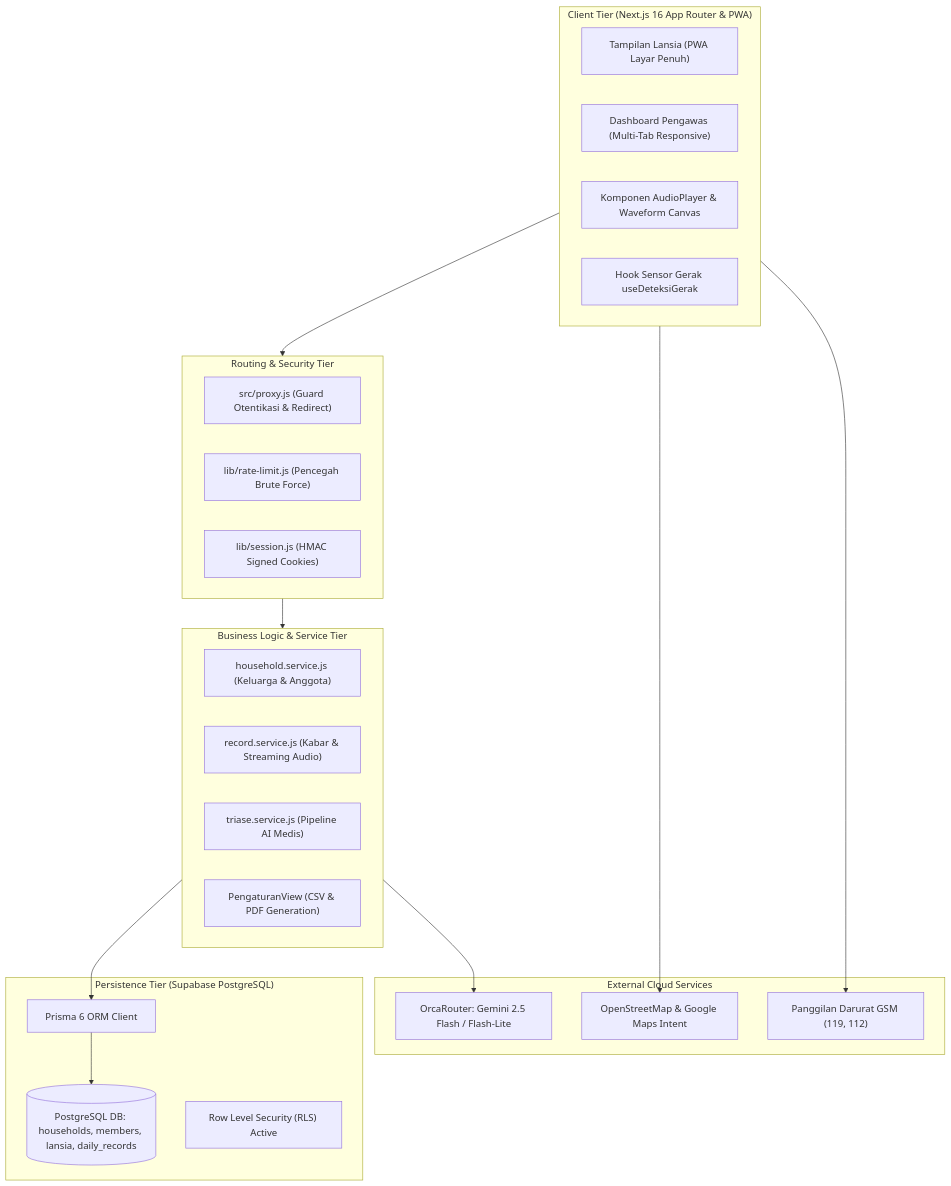
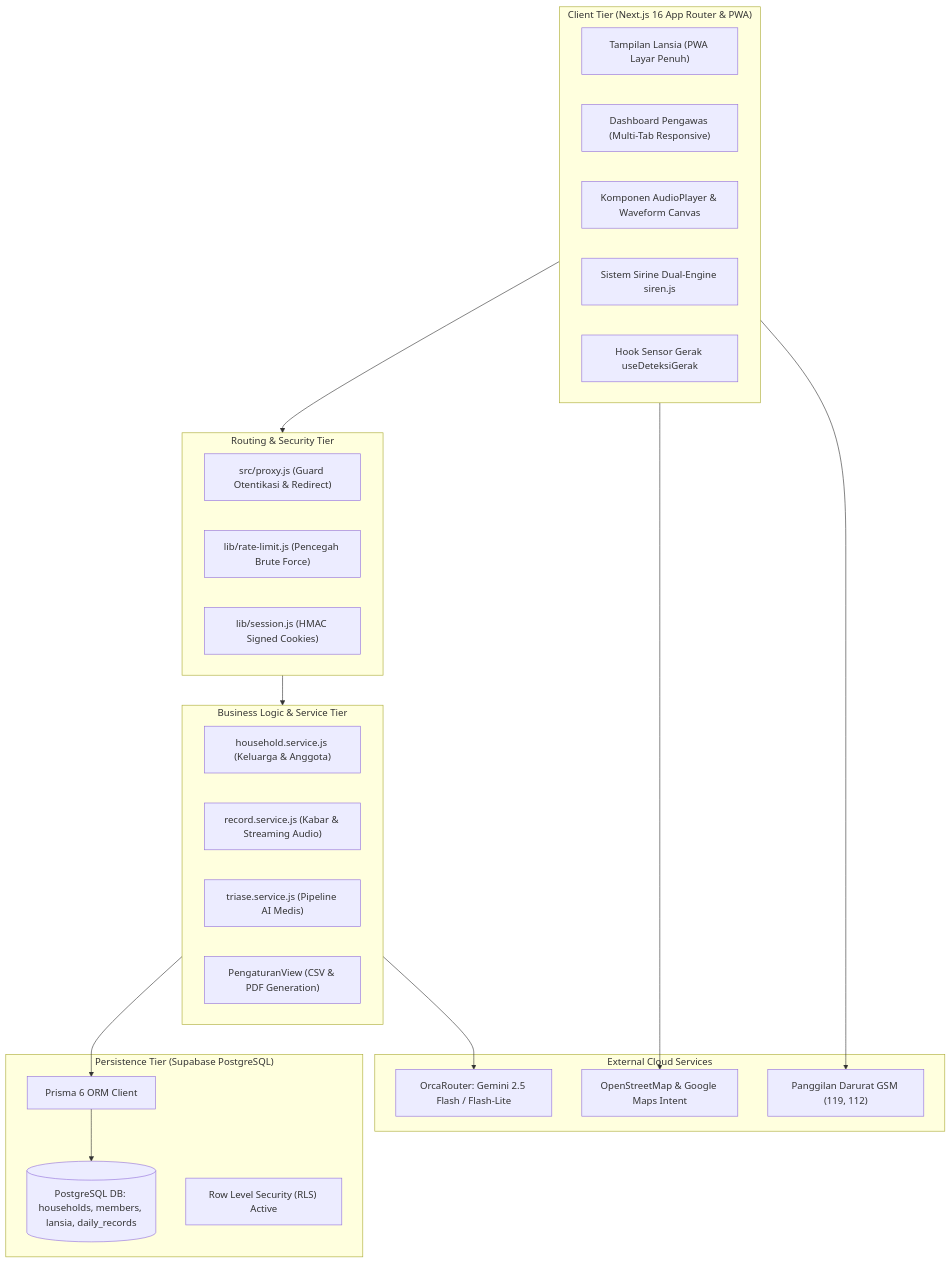
The fifth of 6 diagrams in readthis.md (Nazca13/himtec-01), drawn with Mermaid before and after one commit. The commit also changed other lines of this file, not shown here.

Commit message:
docs: perbarui dan lengkapi readthis.md (dual engine siren, use case, dan panduan demo terbaru)

````diff
--- a/readthis.md
+++ b/readthis.md
@@ -331,41 +336,42 @@
 ```mermaid
 flowchart TD
     subgraph Frontend["Client Tier (Next.js 16 App Router & PWA)"]
         UI_Lansia["Tampilan Lansia (PWA Layar Penuh)"]
         UI_Pengawas["Dashboard Pengawas (Multi-Tab Responsive)"]
         UI_Audio["Komponen AudioPlayer & Waveform Canvas"]
+        UI_Siren["Sistem Sirine Dual-Engine siren.js"]
         UI_Sensor["Hook Sensor Gerak useDeteksiGerak"]
     end
 
     subgraph Middleware["Routing & Security Tier"]
         Proxy["src/proxy.js (Guard Otentikasi & Redirect)"]
         RateLimit["lib/rate-limit.js (Pencegah Brute Force)"]
         Session["lib/session.js (HMAC Signed Cookies)"]
     end
 
     subgraph BackendServices["Business Logic & Service Tier"]
         AuthSvc["household.service.js (Keluarga & Anggota)"]
         RecordSvc["record.service.js (Kabar & Streaming Audio)"]
         TriageSvc["triase.service.js (Pipeline AI Medis)"]
         ExportSvc["PengaturanView (CSV & PDF Generation)"]
     end
 
     subgraph DatabaseTier["Persistence Tier (Supabase PostgreSQL)"]
         PrismaORM["Prisma 6 ORM Client"]
         Tables[("PostgreSQL DB: households, members, lansia, daily_records")]
         RLS["Row Level Security (RLS) Active"]
     end
 
     subgraph ExternalTier["External Cloud Services"]
         OrcaAI["OrcaRouter: Gemini 2.5 Flash / Flash-Lite"]
         MapsAPI["OpenStreetMap & Google Maps Intent"]
         Telco["Panggilan Darurat GSM (119, 112)"]
     end
 
     Frontend --> Middleware
     Middleware --> BackendServices
     BackendServices --> PrismaORM --> Tables
     BackendServices --> OrcaAI
     Frontend --> MapsAPI
     Frontend --> Telco
 ```
````
